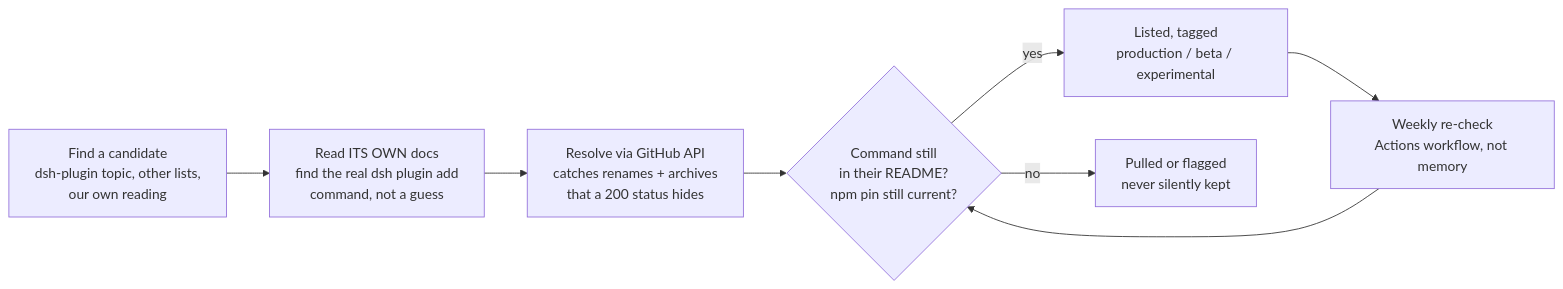
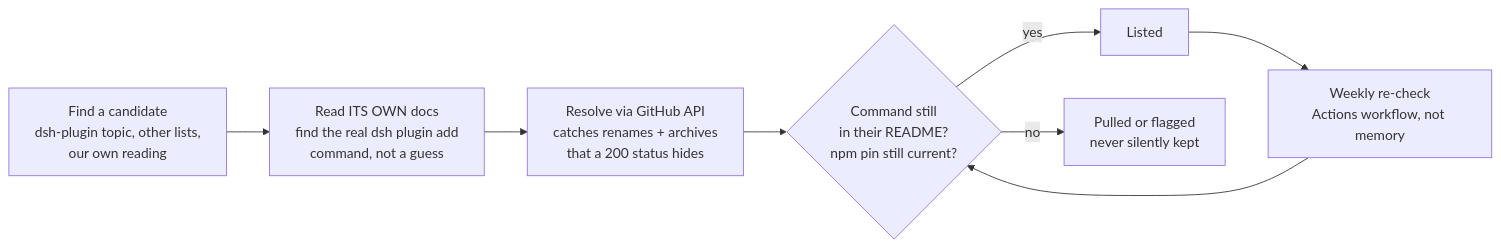
One commit to ZeroPointRepo/awesome-dsh-plugins changed the diagram in README.md. Above: the diagram before and after it, drawn with Mermaid. The commit also changed other lines of this file and 2 other files, not shown here.

````diff
--- a/README.md
+++ b/README.md
@@ -112,10 +993,10 @@
 ```mermaid
 flowchart LR
     A["Find a candidate\ndsh-plugin topic, other lists,\nour own reading"] --> B["Read ITS OWN docs\nfind the real dsh plugin add\ncommand, not a guess"]
     B --> C["Resolve via GitHub API\ncatches renames + archives\nthat a 200 status hides"]
     C --> D{"Command still\nin their README?\nnpm pin still current?"}
-    D -->|yes| E["Listed, tagged\nproduction / beta / experimental"]
+    D -->|yes| E["Listed"]
     D -->|no| F["Pulled or flagged\nnever silently kept"]
     E --> G["Weekly re-check\nActions workflow, not memory"]
     G --> D
 ```
````
